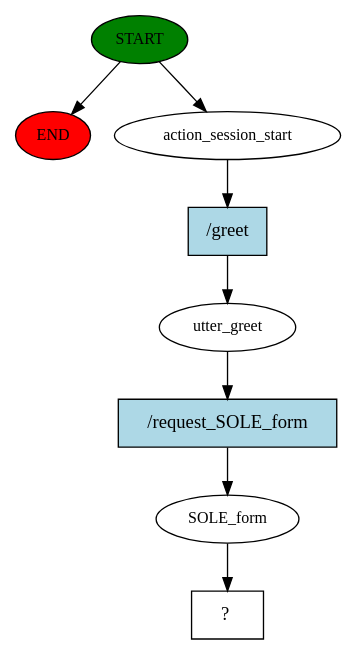
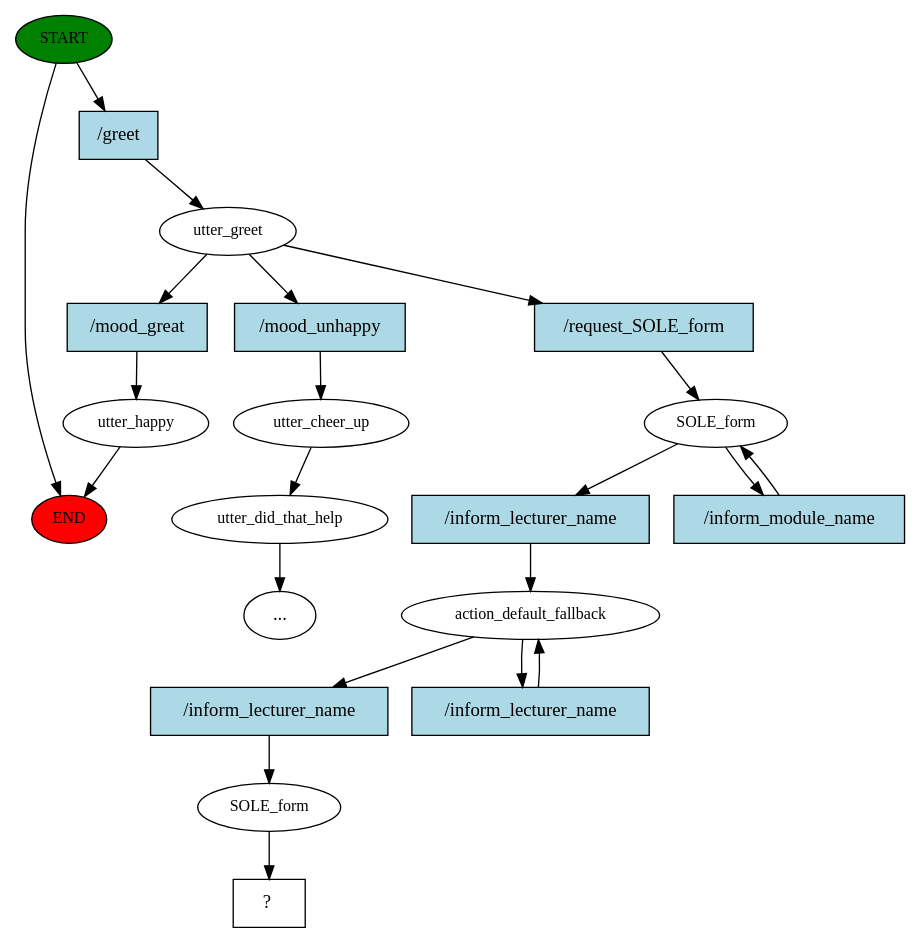
The diagram in FYP/story_graph.dot (hkl19/Rasa-Surveybot1), drawn with Graphviz before and after one commit. The commit also changed 38 other files, not shown here.

```diff
--- a/FYP/story_graph.dot
+++ b/FYP/story_graph.dot
@@ -1,17 +1,42 @@
 digraph  {
 0 [class="start active", fillcolor=green, fontsize=12, label=START, style=filled];
 "-1" [class=end, fillcolor=red, fontsize=12, label=END, style=filled];
-1 [class=active, fontsize=12, label=action_session_start];
-2 [class=active, fontsize=12, label=utter_greet];
-3 [class=active, fontsize=12, label=SOLE_form];
-4 [class="intent dashed active", label="  ?  ", shape=rect];
-5 [class="intent active", fillcolor=lightblue, label="/greet", shape=rect, style=filled];
-6 [class="intent active", fillcolor=lightblue, label="/request_SOLE_form", shape=rect, style=filled];
+1 [class=active, fontsize=12, label=utter_greet];
+2 [class="", fontsize=12, label=utter_happy];
+4 [class="", fontsize=12, label=utter_cheer_up];
+5 [class="", fontsize=12, label=utter_did_that_help];
+"-4" [class=ellipsis, label="..."];
+10 [class=active, fontsize=12, label=SOLE_form];
+12 [class=active, fontsize=12, label=action_default_fallback];
+14 [class=active, fontsize=12, label=SOLE_form];
+15 [class="intent dashed active", label="  ?  ", shape=rect];
+16 [class="intent active", fillcolor=lightblue, label="/greet", shape=rect, style=filled];
+17 [class=intent, fillcolor=lightblue, label="/mood_great", shape=rect, style=filled];
+18 [class=intent, fillcolor=lightblue, label="/mood_unhappy", shape=rect, style=filled];
+19 [class="intent active", fillcolor=lightblue, label="/request_SOLE_form", shape=rect, style=filled];
+20 [class="intent active", fillcolor=lightblue, label="/inform_lecturer_name", shape=rect, style=filled];
+21 [class="intent active", fillcolor=lightblue, label="/inform_module_name", shape=rect, style=filled];
+22 [class="intent active", fillcolor=lightblue, label="/inform_lecturer_name", shape=rect, style=filled];
+23 [class="intent active", fillcolor=lightblue, label="/inform_lecturer_name", shape=rect, style=filled];
 0 -> "-1"  [class="", key=NONE, label=""];
-0 -> 1  [class=active, key=NONE, label=""];
-1 -> 5  [class=active, key=0];
-2 -> 6  [class=active, key=0];
-3 -> 4  [class=active, key=NONE, label=""];
-5 -> 2  [class=active, key=0];
-6 -> 3  [class=active, key=0];
+0 -> 16  [class=active, key=0];
+1 -> 17  [class="", key=0];
+1 -> 18  [class="", key=0];
+1 -> 19  [class=active, key=0];
+2 -> "-1"  [class="", key=NONE, label=""];
+4 -> 5  [class="", key=NONE, label=""];
+5 -> "-4"  [class="", key=NONE, label=""];
+10 -> 20  [class=active, key=0];
+10 -> 21  [class=active, key=0];
+12 -> 22  [class=active, key=0];
+12 -> 23  [class=active, key=0];
+14 -> 15  [class=active, key=NONE, label=""];
+16 -> 1  [class=active, key=0];
+17 -> 2  [class="", key=0];
+18 -> 4  [class="", key=0];
+19 -> 10  [class=active, key=0];
+20 -> 12  [class=active, key=0];
+21 -> 10  [class=active, key=0];
+22 -> 14  [class=active, key=0];
+23 -> 12  [class=active, key=0];
 }
```
